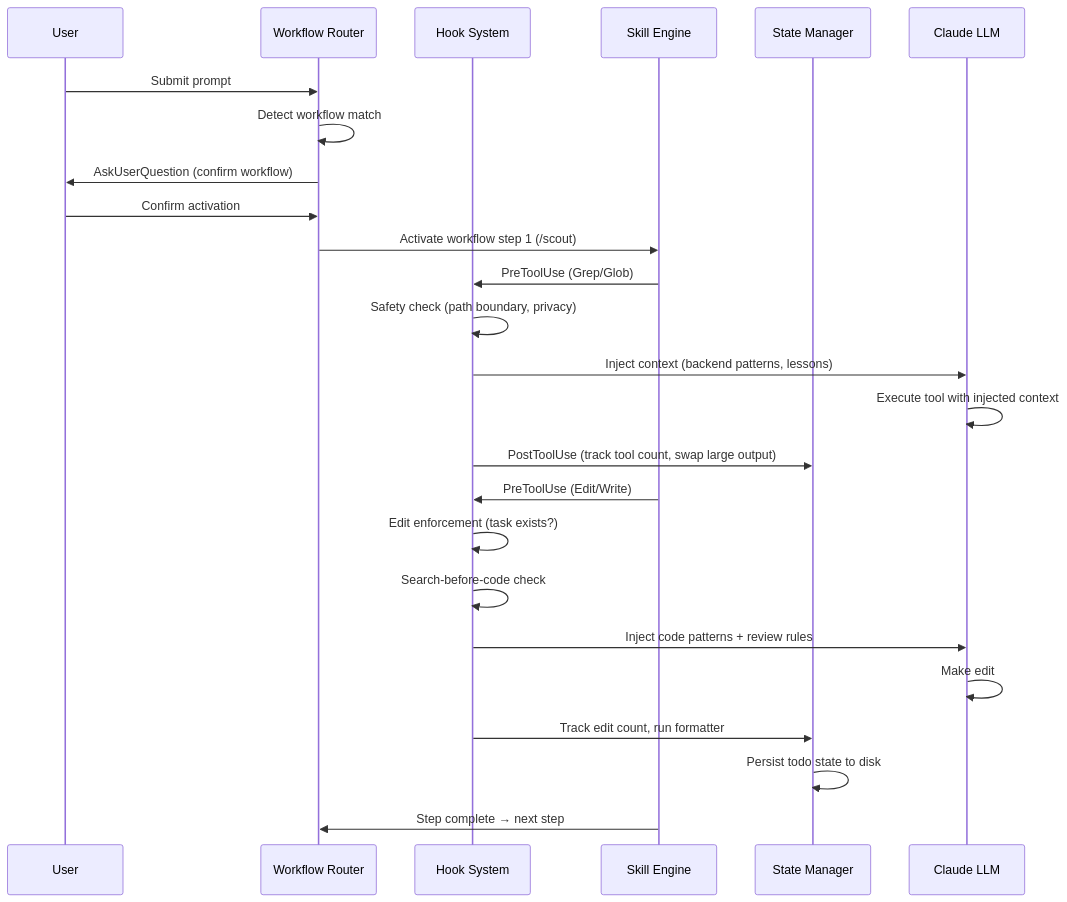
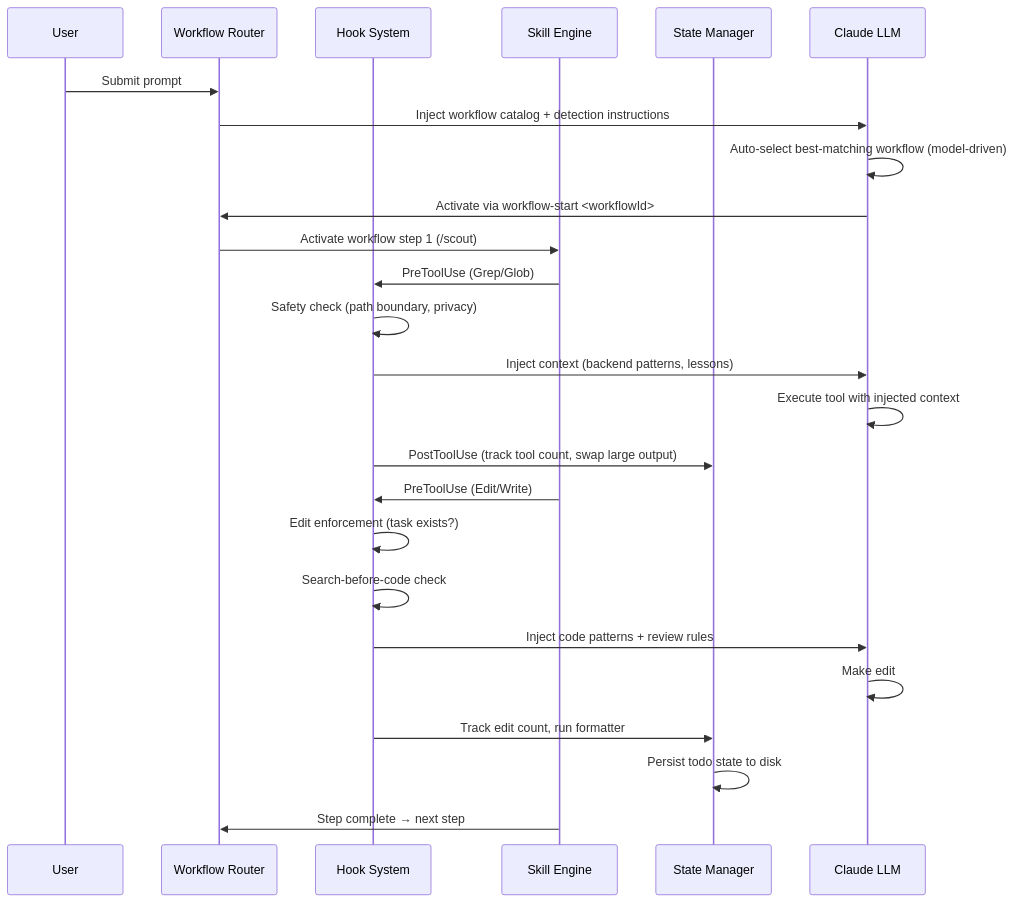
One commit to duc01226/easy-claude changed the second of 20 diagrams in .claude/docs/claude-ai-agent-framework-guide.md. Above: the diagram before and after it, drawn with Mermaid. The commit also changed other lines of this file and 761 other files, not shown here.

````diff
--- a/.claude/docs/claude-ai-agent-framework-guide.md
+++ b/.claude/docs/claude-ai-agent-framework-guide.md
@@ -161,31 +161,31 @@
 ```mermaid
 sequenceDiagram
     participant User
     participant Router as Workflow Router
     participant Hook as Hook System
     participant Skill as Skill Engine
     participant State as State Manager
     participant LLM as Claude LLM
 
     User->>Router: Submit prompt
-    Router->>Router: Detect workflow match
-    Router->>User: AskUserQuestion (confirm workflow)
-    User->>Router: Confirm activation
+    Router->>LLM: Inject workflow catalog + detection instructions
+    LLM->>LLM: Auto-select best-matching workflow (model-driven)
+    LLM->>Router: Activate via workflow-start <workflowId>
 
     Router->>Skill: Activate workflow step 1 (/scout)
     Skill->>Hook: PreToolUse (Grep/Glob)
     Hook->>Hook: Safety check (path boundary, privacy)
     Hook->>LLM: Inject context (backend patterns, lessons)
     LLM->>LLM: Execute tool with injected context
     Hook->>State: PostToolUse (track tool count, swap large output)
 
     Skill->>Hook: PreToolUse (Edit/Write)
     Hook->>Hook: Edit enforcement (task exists?)
     Hook->>Hook: Search-before-code check
     Hook->>LLM: Inject code patterns + review rules
     LLM->>LLM: Make edit
     Hook->>State: Track edit count, run formatter
 
     State->>State: Persist todo state to disk
     Skill->>Router: Step complete → next step
 ```
````
